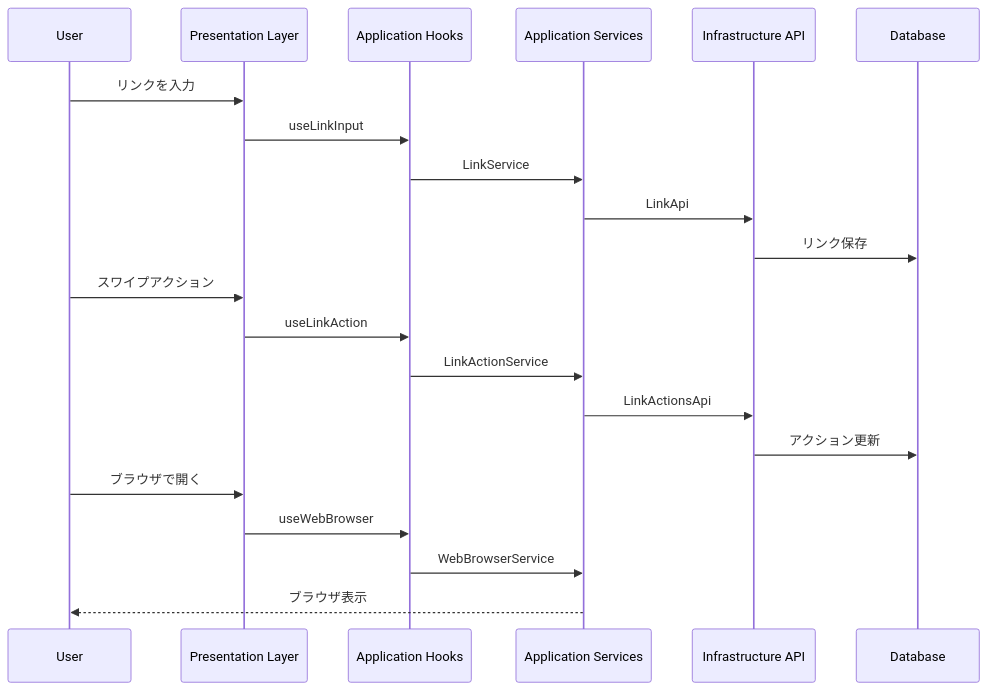
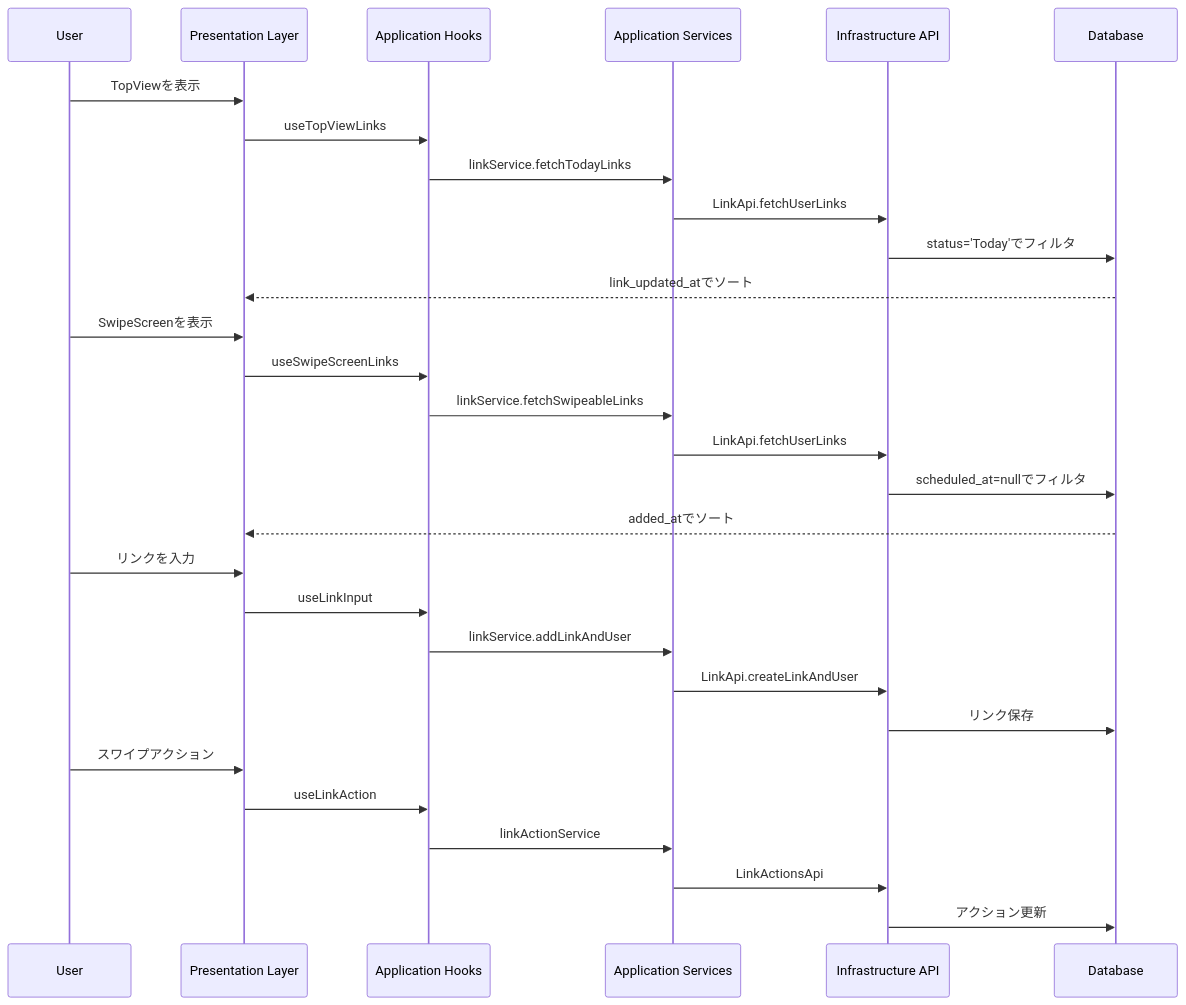
One commit to sooom1627/Linpe changed the second of 2 diagrams in feature/links/docs/architecture.md. Above: the diagram before and after it, drawn with Mermaid. The commit also changed other lines of this file and 5 other files, not shown here.

````diff
--- a/feature/links/docs/architecture.md
+++ b/feature/links/docs/architecture.md
@@ -68,26 +77,39 @@
 ```mermaid
 sequenceDiagram
     participant User
     participant UI as Presentation Layer
     participant Hook as Application Hooks
     participant Service as Application Services
     participant API as Infrastructure API
     participant DB as Database
 
+    %% リンク一覧表示フロー（TopView）
+    User->>UI: TopViewを表示
+    UI->>Hook: useTopViewLinks
+    Hook->>Service: linkService.fetchTodayLinks
+    Service->>API: LinkApi.fetchUserLinks
+    API->>DB: status='Today'でフィルタ
+    DB-->>UI: link_updated_atでソート
+
+    %% スワイプ画面表示フロー
+    User->>UI: SwipeScreenを表示
+    UI->>Hook: useSwipeScreenLinks
+    Hook->>Service: linkService.fetchSwipeableLinks
+    Service->>API: LinkApi.fetchUserLinks
+    API->>DB: scheduled_at=nullでフィルタ
+    DB-->>UI: added_atでソート
+
+    %% リンク入力フロー
     User->>UI: リンクを入力
     UI->>Hook: useLinkInput
-    Hook->>Service: LinkService
-    Service->>API: LinkApi
+    Hook->>Service: linkService.addLinkAndUser
+    Service->>API: LinkApi.createLinkAndUser
     API->>DB: リンク保存
 
+    %% スワイプアクション
     User->>UI: スワイプアクション
     UI->>Hook: useLinkAction
-    Hook->>Service: LinkActionService
+    Hook->>Service: linkActionService
     Service->>API: LinkActionsApi
     API->>DB: アクション更新
-
-    User->>UI: ブラウザで開く
-    UI->>Hook: useWebBrowser
-    Hook->>Service: WebBrowserService
-    Service-->>User: ブラウザ表示
 ```
````
